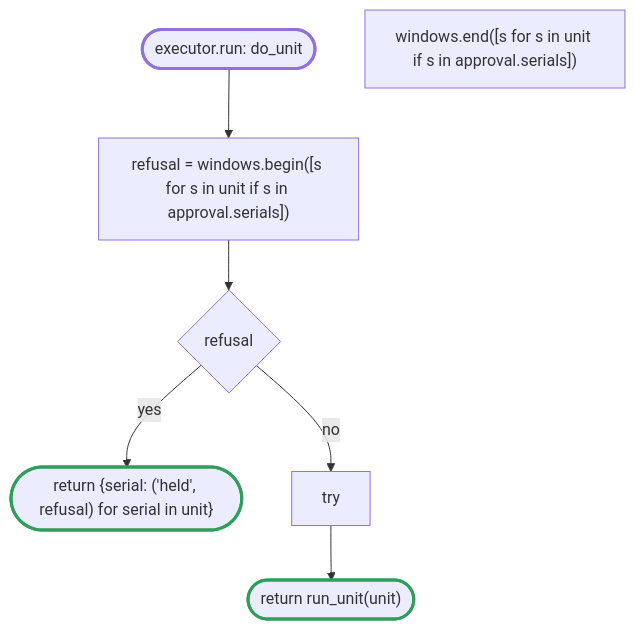
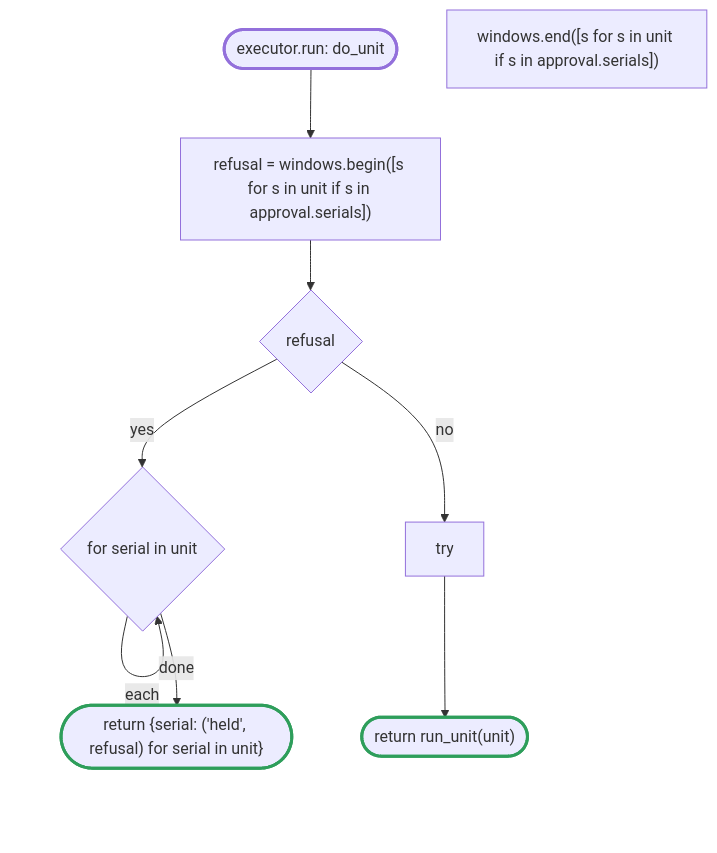
Before and after one commit to fettigcj/panUpgrade: the second of 22 diagrams in docs/flow/upgrade.md, drawn with Mermaid. The commit also changed other lines of this file and 13 other files, not shown here.

````diff
--- a/docs/flow/upgrade.md
+++ b/docs/flow/upgrade.md
@@ -163,23 +163,26 @@
 ```mermaid
 flowchart TD
     u1(["executor.run: do_unit"])
     u2["refusal = windows.begin([s for s in unit if s in approval.serials])"]
     u3{"refusal"}
-    u4(["return {serial: ('held', refusal) for serial in unit}"])
-    u5["try"]
-    u6(["return run_unit(unit)"])
-    u7["windows.end([s for s in unit if s in approval.serials])"]
+    u4{"for serial in unit"}
+    u5(["return {serial: ('held', refusal) for serial in unit}"])
+    u6["try"]
+    u7(["return run_unit(unit)"])
+    u8["windows.end([s for s in unit if s in approval.serials])"]
     u1 --> u2
     u2 --> u3
     u3 -->|yes| u4
-    u3 -->|no| u5
-    u5 --> u6
+    u4 -->|each| u4
+    u4 -->|done| u5
+    u3 -->|no| u6
+    u6 --> u7
     classDef api stroke:#2f6fed,stroke-width:3px
     classDef refuse stroke:#d64545,stroke-width:3px
     classDef done stroke:#2e9e5b,stroke-width:3px
     classDef step stroke:#e0a020,stroke-width:3px
     classDef entry stroke-width:3px
     class u1 entry
-    class u4 done
-    class u6 done
+    class u5 done
+    class u7 done
 ```
````
